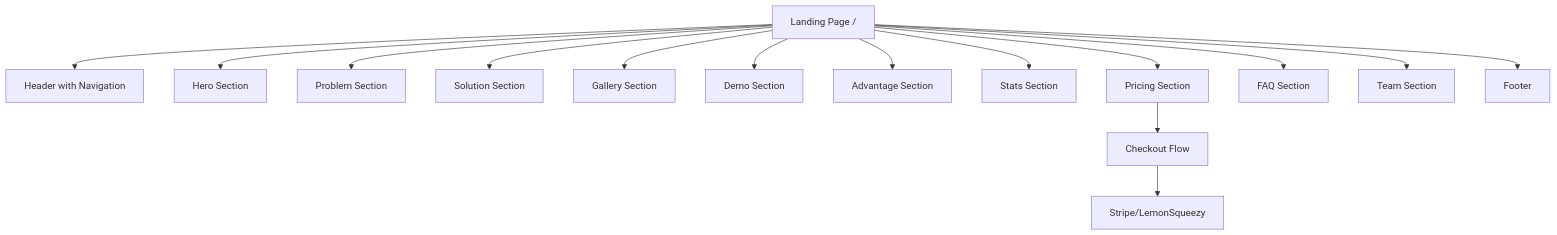
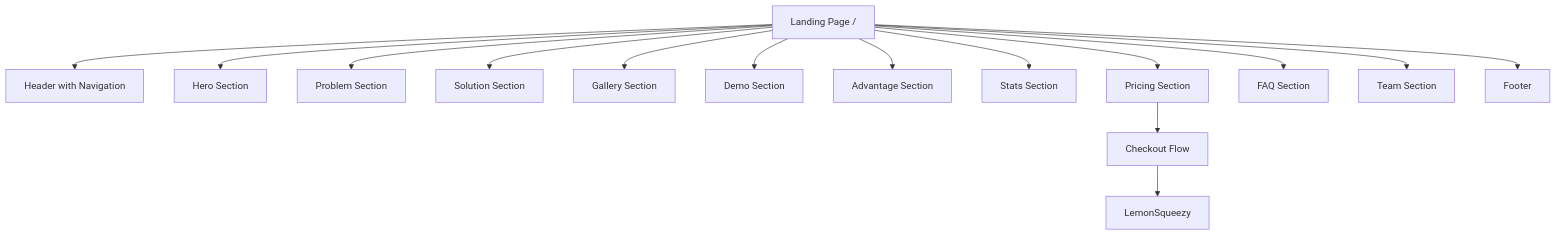
Before and after one commit to supuni9622/modelsnap: the fifth of 11 diagrams in docs/ARCHITECTURE/MODELSNAP_COMPLETE_DOCUMENTATION.md, drawn with Mermaid. The commit also changed other lines of this file and 16 other files, not shown here.

First line of the commit message:
Update project documentation and transition from Stripe to Lemon Squeezy for payment processing

````diff
--- a/docs/ARCHITECTURE/MODELSNAP_COMPLETE_DOCUMENTATION.md
+++ b/docs/ARCHITECTURE/MODELSNAP_COMPLETE_DOCUMENTATION.md
@@ -459,18 +459,18 @@
 ```mermaid
 flowchart TB
     A[Landing Page /] --> B[Header with Navigation]
     A --> C[Hero Section]
     A --> D[Problem Section]
     A --> E[Solution Section]
     A --> F[Gallery Section]
     A --> G[Demo Section]
     A --> H[Advantage Section]
     A --> I[Stats Section]
     A --> J[Pricing Section]
     A --> K[FAQ Section]
     A --> L[Team Section]
     A --> M[Footer]
     
     J --> N[Checkout Flow]
-    N --> O[Stripe/LemonSqueezy]
+    N --> O[LemonSqueezy]
 ```
````
